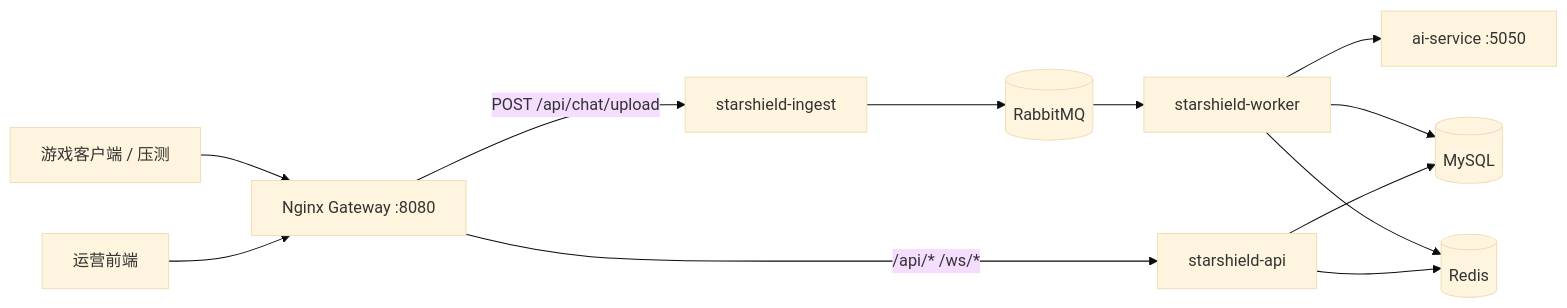
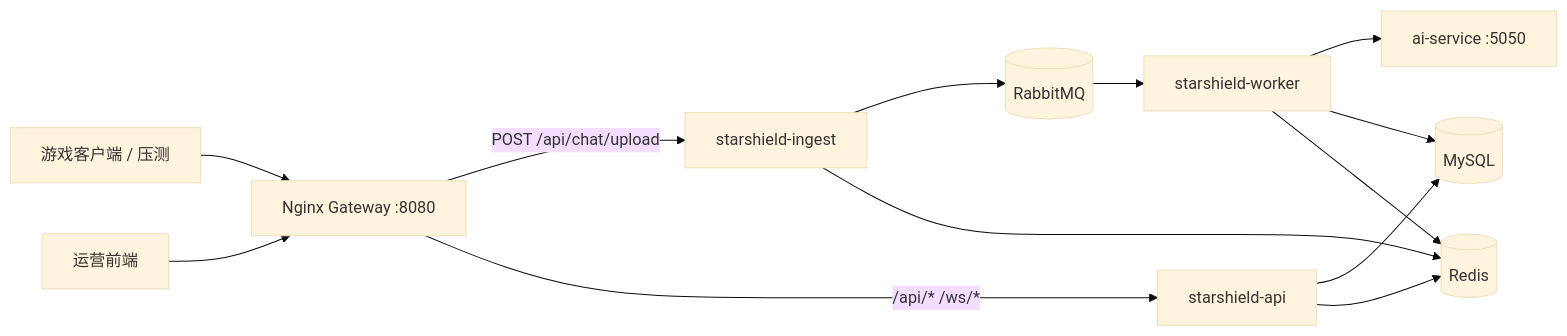
The diagram in docs/docker-microservices.md (Gyh-zju-2023-2027/Starshield), drawn with Mermaid (base theme) before and after one commit. The commit also changed other lines of this file and 66 other files, not shown here.

````diff
--- a/docs/docker-microservices.md
+++ b/docs/docker-microservices.md
@@ -7,14 +7,15 @@
 ```mermaid
 flowchart LR
   Client[游戏客户端 / 压测] --> GW[Nginx Gateway :8080]
   Admin[运营前端] --> GW
   GW -->|POST /api/chat/upload| ING[starshield-ingest]
   GW -->|/api/* /ws/*| API[starshield-api]
   ING --> MQ[(RabbitMQ)]
+  ING --> RD[(Redis)]
   MQ --> WRK[starshield-worker]
   WRK --> AI[ai-service :5050]
   WRK --> DB[(MySQL)]
   WRK --> RD[(Redis)]
   API --> DB
   API --> RD
 ```
````
